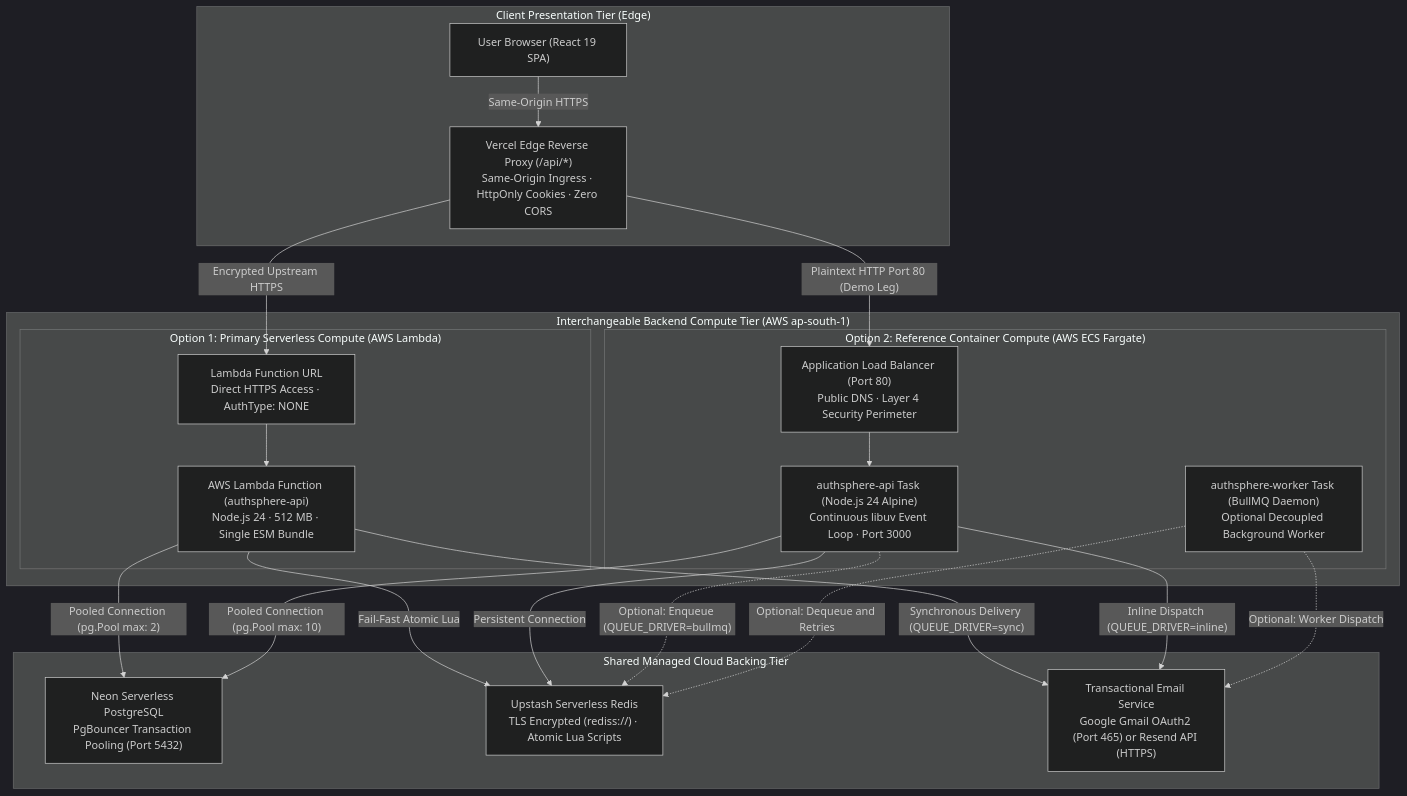
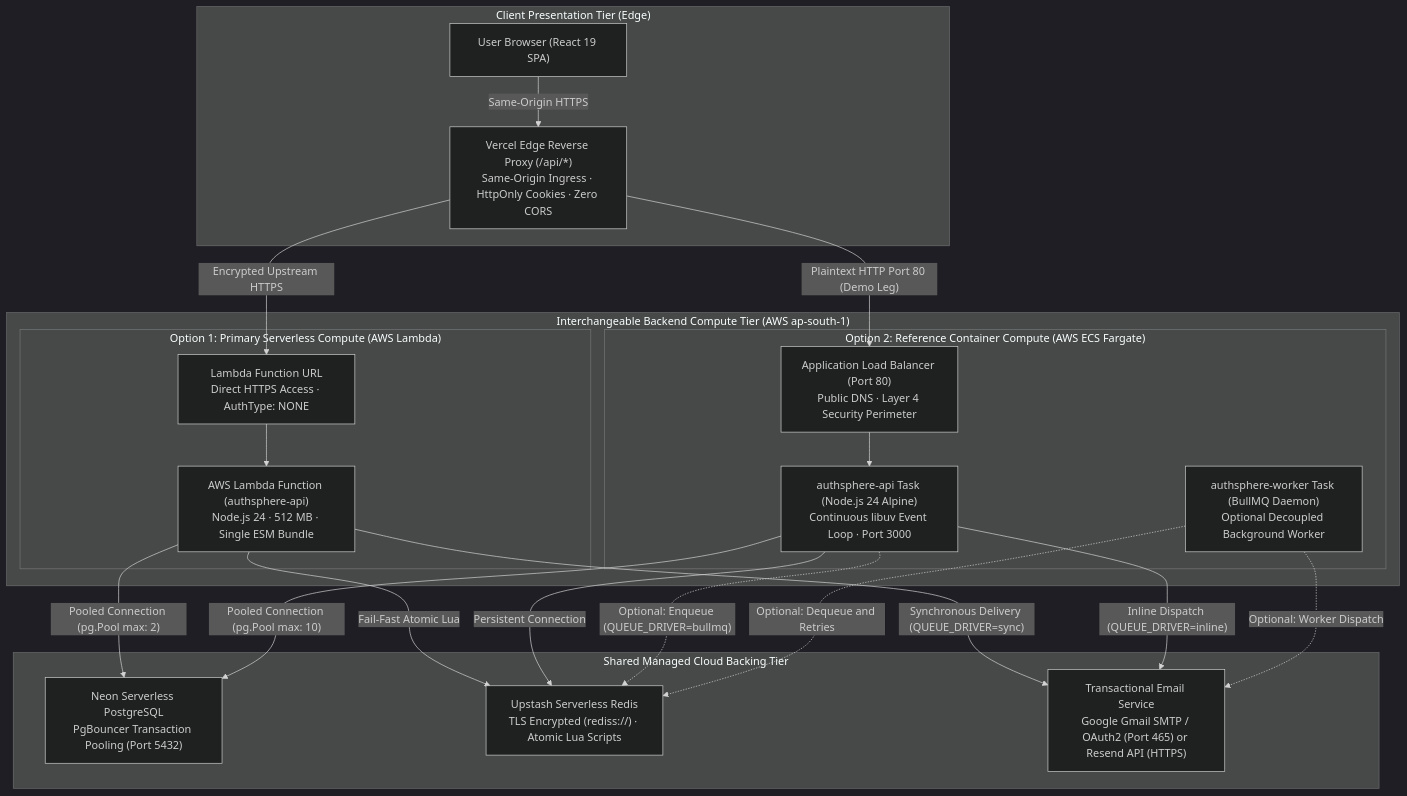
Before and after one commit to utkarshj014/authsphere: the eighth of 9 diagrams in docs/ARCHITECTURE.md, drawn with Mermaid (dark theme). The commit also changed other lines of this file and 13 other files, not shown here.

````diff
--- a/docs/ARCHITECTURE.md
+++ b/docs/ARCHITECTURE.md
@@ -645,44 +645,44 @@
 ```mermaid
 flowchart TD
     subgraph Client ["Client Presentation Tier (Edge)"]
         Browser["User Browser (React 19 SPA)"]
         VercelProxy["Vercel Edge Reverse Proxy (/api/*)<br/>Same-Origin Ingress · HttpOnly Cookies · Zero CORS"]
         Browser -->|"Same-Origin HTTPS"| VercelProxy
     end
 
     subgraph Compute ["Interchangeable Backend Compute Tier (AWS ap-south-1)"]
         subgraph Option1 ["Option 1: Primary Serverless Compute (AWS Lambda)"]
             FURL["Lambda Function URL<br/>Direct HTTPS Access · AuthType: NONE"]
             Lambda["AWS Lambda Function (authsphere-api)<br/>Node.js 24 · 512 MB · Single ESM Bundle"]
             FURL --> Lambda
         end
 
         subgraph Option2 ["Option 2: Reference Container Compute (AWS ECS Fargate)"]
             ALB["Application Load Balancer (Port 80)<br/>Public DNS · Layer 4 Security Perimeter"]
             ECS_API["authsphere-api Task (Node.js 24 Alpine)<br/>Continuous libuv Event Loop · Port 3000"]
             ECS_Worker["authsphere-worker Task (BullMQ Daemon)<br/>Optional Decoupled Background Worker"]
             ALB --> ECS_API
         end
     end
 
     subgraph BackingTier ["Shared Managed Cloud Backing Tier"]
         Neon["Neon Serverless PostgreSQL<br/>PgBouncer Transaction Pooling (Port 5432)"]
         Upstash["Upstash Serverless Redis<br/>TLS Encrypted (rediss://) · Atomic Lua Scripts"]
-        EmailService["Transactional Email Service<br/>Google Gmail OAuth2 (Port 465) or Resend API (HTTPS)"]
+        EmailService["Transactional Email Service<br/>Google Gmail SMTP / OAuth2 (Port 465) or Resend API (HTTPS)"]
     end
 
     VercelProxy -->|"Encrypted Upstream HTTPS"| FURL
     VercelProxy -->|"Plaintext HTTP Port 80 (Demo Leg)"| ALB
 
     Lambda -->|"Pooled Connection (pg.Pool max: 2)"| Neon
     Lambda -->|"Fail-Fast Atomic Lua"| Upstash
     Lambda -->|"Synchronous Delivery (QUEUE_DRIVER=sync)"| EmailService
 
     ECS_API -->|"Pooled Connection (pg.Pool max: 10)"| Neon
     ECS_API -->|"Persistent Connection"| Upstash
     ECS_API -->|"Inline Dispatch (QUEUE_DRIVER=inline)"| EmailService
 
     ECS_API -.->|"Optional: Enqueue (QUEUE_DRIVER=bullmq)"| Upstash
     ECS_Worker -.->|"Optional: Dequeue and Retries"| Upstash
     ECS_Worker -.->|"Optional: Worker Dispatch"| EmailService
 ```
````
